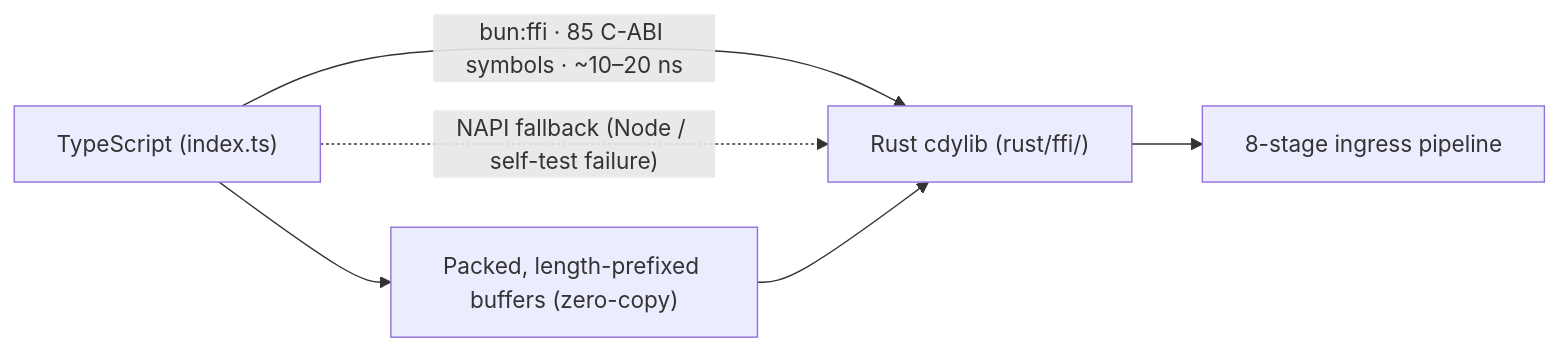
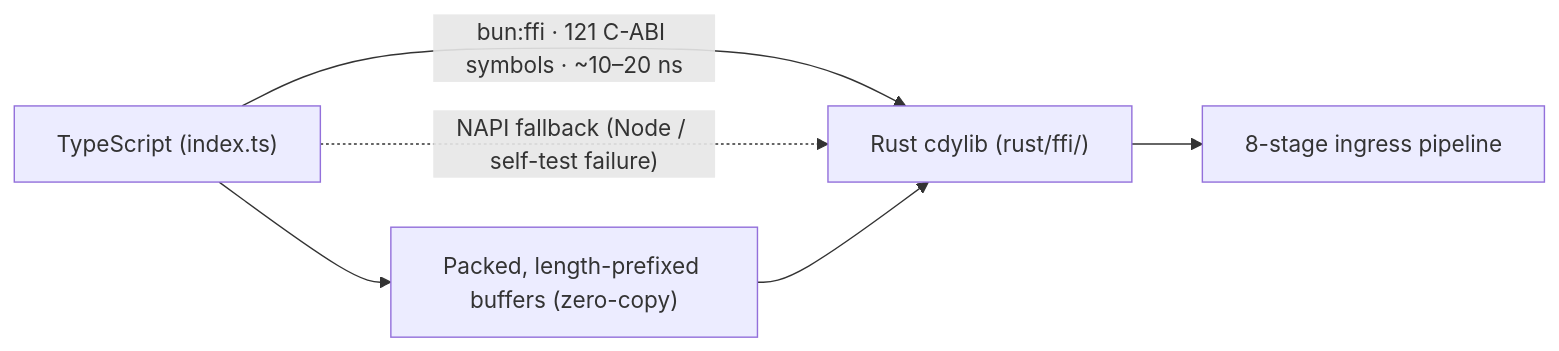
Before and after one commit to Axylabs/castrum: the diagram in docs/CASE_STUDY.md, drawn with Mermaid. The commit also changed 9 other files, not shown here.

````diff
--- a/docs/CASE_STUDY.md
+++ b/docs/CASE_STUDY.md
@@ -59,8 +59,8 @@
 ```mermaid
 flowchart LR
-    TS["TypeScript (index.ts)"] -->|"bun:ffi · 85 C-ABI symbols · ~10–20 ns"| RUST["Rust cdylib (rust/ffi/)"]
+    TS["TypeScript (index.ts)"] -->|"bun:ffi · 121 C-ABI symbols · ~10–20 ns"| RUST["Rust cdylib (rust/ffi/)"]
     TS -.->|"NAPI fallback (Node / self-test failure)"| RUST
     RUST --> PIPELINE["8-stage ingress pipeline"]
     TS --> PACKED["Packed, length-prefixed buffers (zero-copy)"]
     PACKED --> RUST
 ```
````
